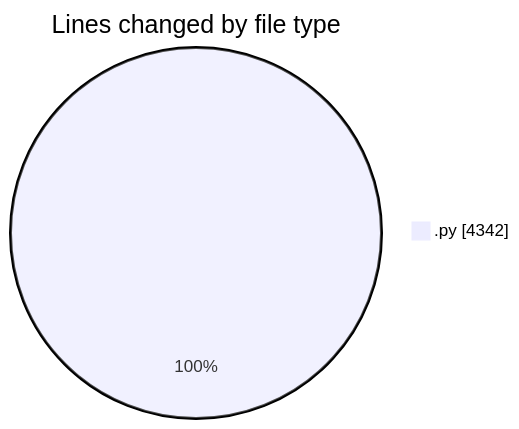
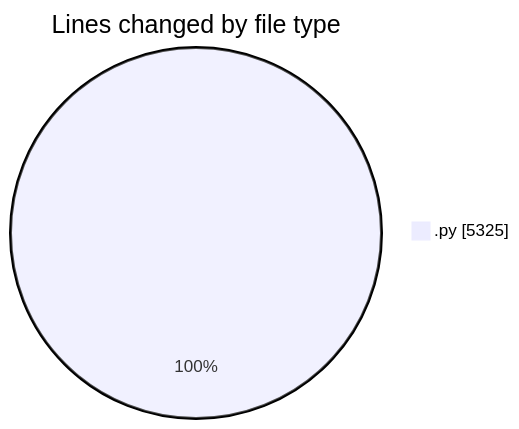
One commit to MatusMokan/code-tracking changed the first of 2 diagrams in 2025-04-18/myws__workspace_/README.md. Above: the diagram before and after it, drawn with Mermaid. The commit also changed other lines of this file and 1 other file, not shown here.

````diff
--- a/2025-04-18/myws__workspace_/README.md
+++ b/2025-04-18/myws__workspace_/README.md
@@ -21,5 +22,5 @@
 ```mermaid
 pie showData
 title Lines changed by file type
-".py" : 4342
+".py" : 5325
 ```
````
